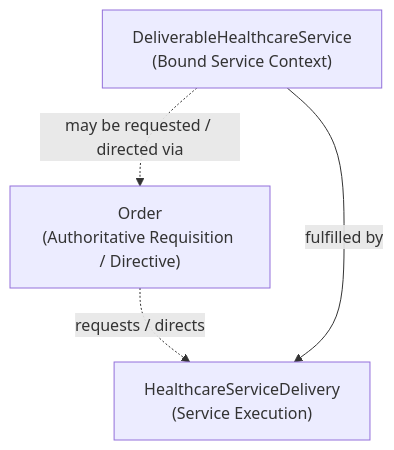
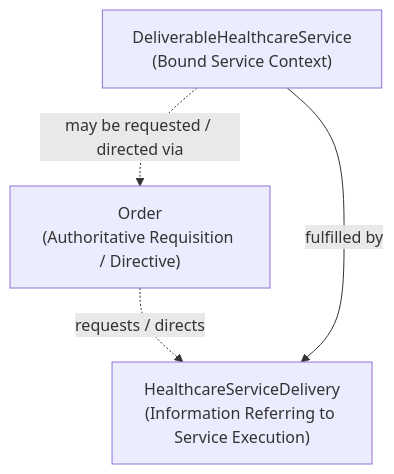
The second of 3 diagrams in docs/markdown/04-information-architecture/information-families/healthcare-service.md (fhirfactory/harmonia), drawn with Mermaid before and after one commit. The commit also changed other lines of this file and 34 other files, not shown here.

Commit message:
Harmonia Documentation - Domain 04 - Package2 - G1 - Architectural Reconciliation and Closure

````diff
--- a/docs/markdown/04-information-architecture/information-families/healthcare-service.md
+++ b/docs/markdown/04-information-architecture/information-families/healthcare-service.md
@@ -85,10 +90,10 @@
 ```mermaid
 graph TD
     ORDER["Order<br/>(Authoritative Requisition / Directive)"]
     DELIV["DeliverableHealthcareService<br/>(Bound Service Context)"]
-    DELIVERY["HealthcareServiceDelivery<br/>(Service Execution)"]
+    DELIVERY["HealthcareServiceDelivery<br/>(Information Referring to Service Execution)"]
 
     DELIV -.->|"may be requested / directed via"| ORDER
     ORDER -.->|"requests / directs"| DELIVERY
     DELIV -->|"fulfilled by"| DELIVERY
 ```
````
